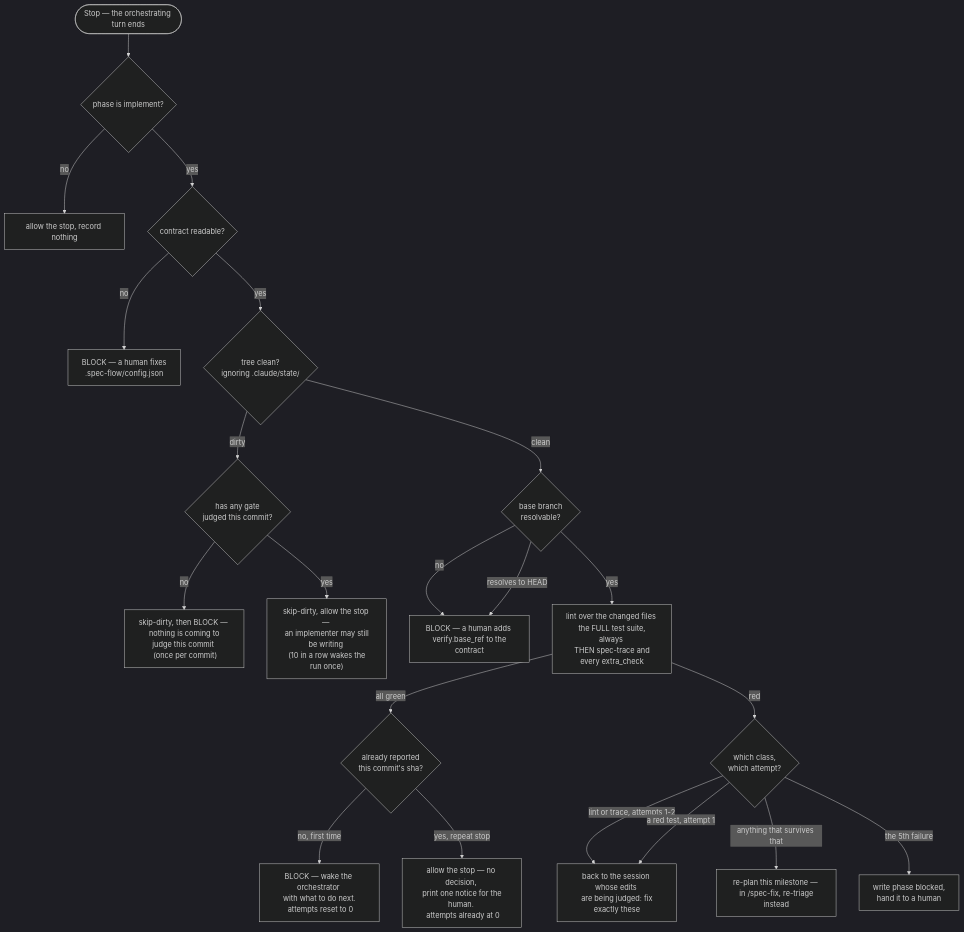
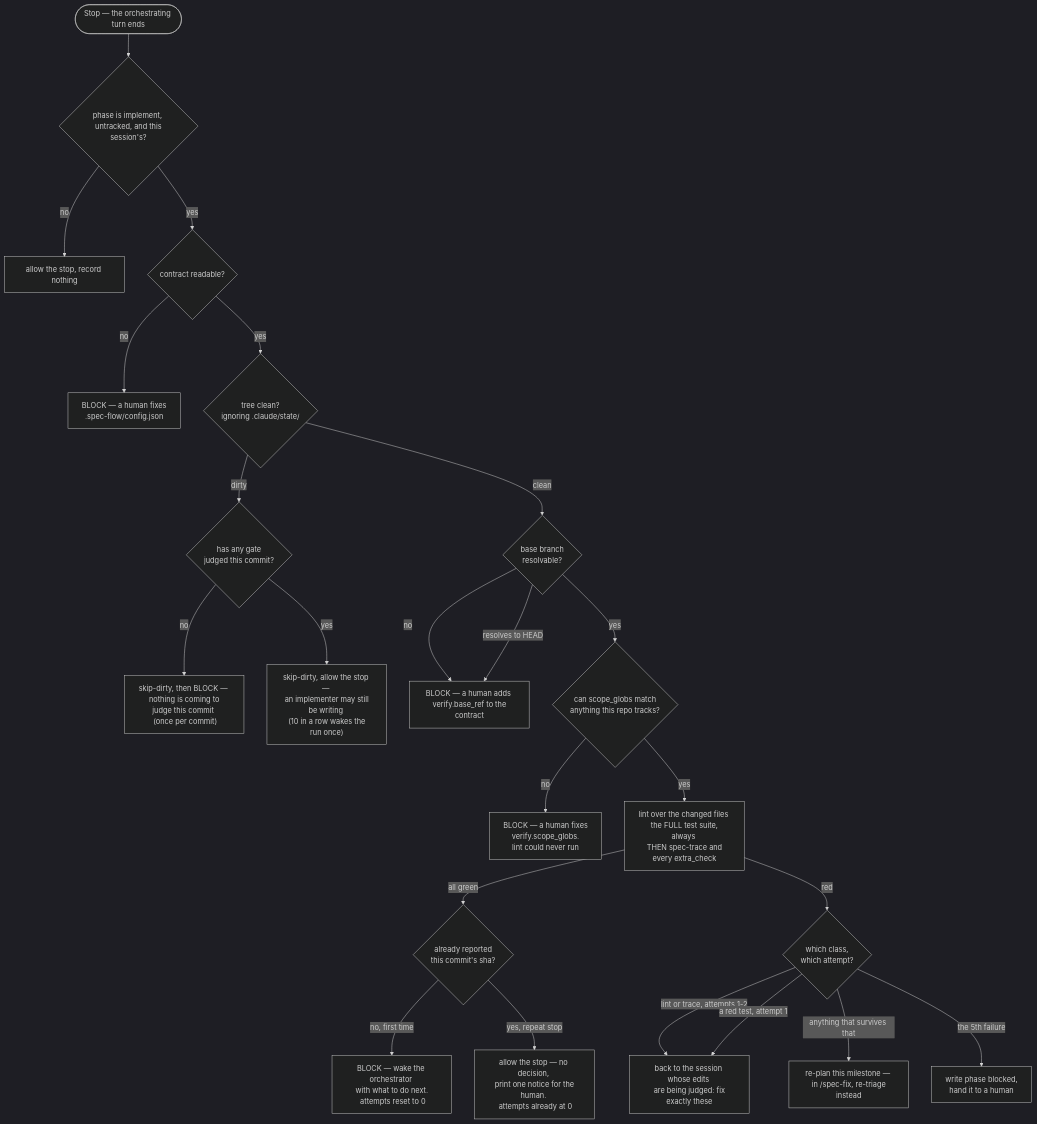
Before and after one commit to IgnacioMarin402/spec-flow-plugin: the third of 3 diagrams in REFERENCE.md, drawn with Mermaid (dark theme). The commit also changed other lines of this file and 12 other files, not shown here.

First line of the commit message:
fix(gate): wire the phase-ownership, scope, and engine-revision fixes in

````diff
--- a/REFERENCE.md
+++ b/REFERENCE.md
@@ -811,23 +861,25 @@
 ```mermaid
 flowchart TD
-    S(["Stop — the orchestrating turn ends"]) --> P{"phase is implement?"}
+    S(["Stop — the orchestrating turn ends"]) --> P{"phase is implement, <br/> untracked, and this session's?"}
     P -->|"no"| ALLOW["allow the stop, record nothing"]
     P -->|"yes"| CFG{"contract readable?"}
     CFG -->|"no"| BLK1["BLOCK — a human fixes <br/> .spec-flow/config.json"]
     CFG -->|"yes"| DIRTY{"tree clean? <br/> ignoring .claude/state/"}
     DIRTY -->|"dirty"| JUDGED{"has any gate <br/> judged this commit?"}
     JUDGED -->|"no"| WAKE["skip-dirty, then BLOCK — <br/> nothing is coming to judge this commit <br/> (once per commit)"]
     JUDGED -->|"yes"| SKIP["skip-dirty, allow the stop — <br/> an implementer may still be writing <br/> (10 in a row wakes the run once)"]
     DIRTY -->|"clean"| BASE{"base branch <br/> resolvable?"}
     BASE -->|"no"| BLK2["BLOCK — a human adds <br/> verify.base_ref to the contract"]
     BASE -->|"resolves to HEAD"| BLK2
-    BASE -->|"yes"| RUN["lint over the changed files <br/> the FULL test suite, always <br/> THEN spec-trace and every extra_check"]
+    BASE -->|"yes"| SCOPE{"can scope_globs match <br/> anything this repo tracks?"}
+    SCOPE -->|"no"| BLK3["BLOCK — a human fixes <br/> verify.scope_globs. <br/> lint could never run"]
+    SCOPE -->|"yes"| RUN["lint over the changed files <br/> the FULL test suite, always <br/> THEN spec-trace and every extra_check"]
     RUN -->|"all green"| SEEN{"already reported <br/> this commit's sha?"}
     SEEN -->|"no, first time"| PASS["BLOCK — wake the orchestrator <br/> with what to do next. <br/> attempts reset to 0"]
     SEEN -->|"yes, repeat stop"| QUIET["allow the stop — no decision, <br/> print one notice for the human. <br/> attempts already at 0"]
     RUN -->|"red"| CLS{"which class, <br/> which attempt?"}
     CLS -->|"lint or trace, attempts 1-2"| FIX["back to the session whose edits <br/> are being judged: fix exactly these"]
     CLS -->|"a red test, attempt 1"| FIX
     CLS -->|"anything that survives that"| REPLAN["re-plan this milestone — <br/> in /spec-fix, re-triage instead"]
     CLS -->|"the 5th failure"| CAP["write phase blocked, <br/> hand it to a human"]
 ```
````
